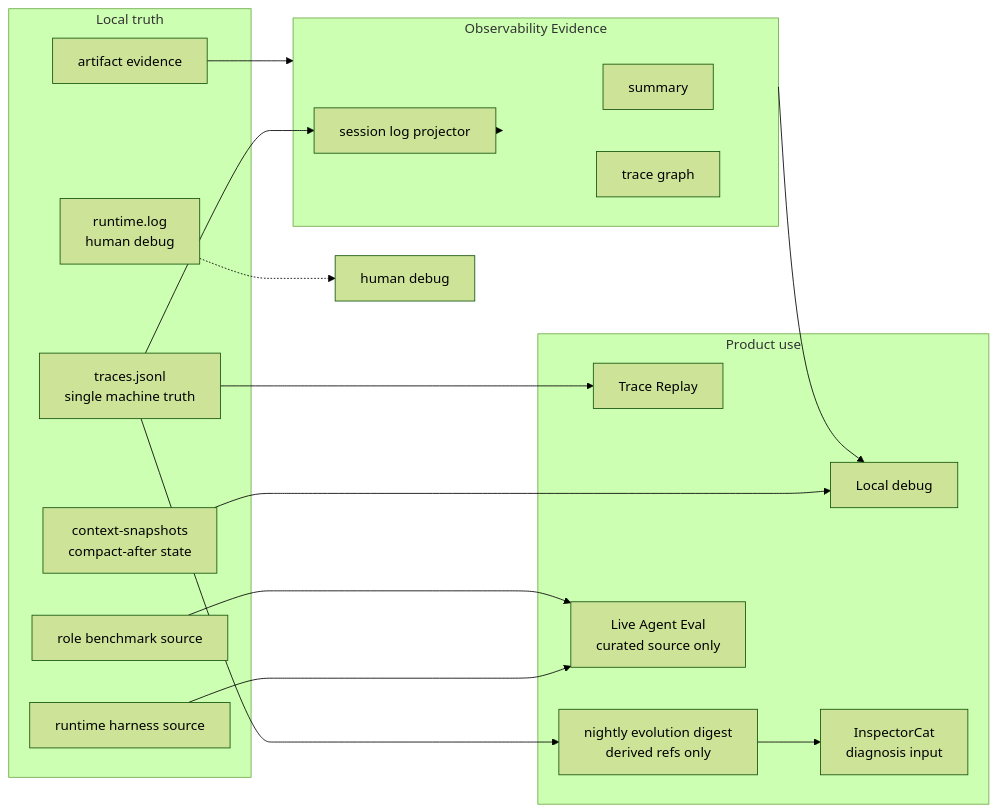
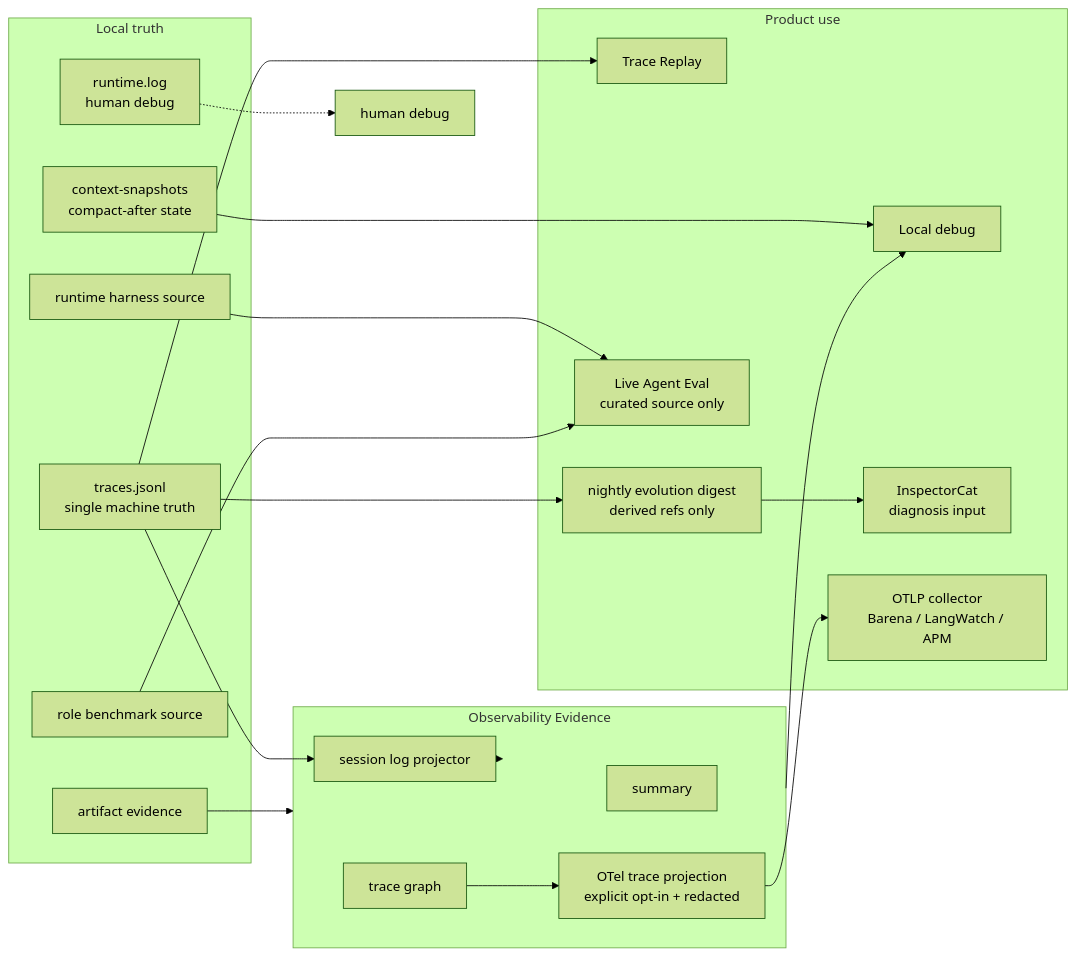
One commit to fightheyyy/XiaoBa-CLI changed the second of 2 diagrams in docs/observability-evidence/SPEC.md. Above: the diagram before and after it, drawn with Mermaid (forest theme). The commit also changed other lines of this file and 18 other files, not shown here.

Commit message:
add optional OTLP trace export

````diff
--- a/docs/observability-evidence/SPEC.md
+++ b/docs/observability-evidence/SPEC.md
@@ -107,37 +113,41 @@
 ```mermaid
 flowchart LR
     subgraph LocalTruth["Local truth"]
         JSONL["traces.jsonl<br/>single machine truth"]
         Snapshots["context-snapshots<br/>compact-after state"]
         RuntimeLog["runtime.log<br/>human debug"]
         Artifacts["artifact evidence"]
         RoleBench["role benchmark source"]
         RuntimeBench["runtime harness source"]
     end
 
     subgraph Obs["Observability Evidence"]
         Projector["session log projector"]
         Summary["summary"]
         TraceGraph["trace graph"]
+        Otel["OTel trace projection<br/>explicit opt-in + redacted"]
     end
 
     subgraph ProductUse["Product use"]
         Replay["Trace Replay"]
         Debug["Local debug"]
         SleepDigest["nightly evolution digest<br/>derived refs only"]
         Inspector["InspectorCat<br/>diagnosis input"]
         LiveEval["Live Agent Eval<br/>curated source only"]
+        Collector["OTLP collector<br/>Barena / LangWatch / APM"]
     end
 
     JSONL --> Projector
     Snapshots --> Debug
     RuntimeLog -.-> Maintainer["human debug"]
     Projector --> Obs
+    TraceGraph --> Otel
+    Otel --> Collector
     Artifacts --> Obs
     JSONL --> Replay
     JSONL --> SleepDigest
     SleepDigest --> Inspector
     Obs --> Debug
     RuntimeBench --> LiveEval
     RoleBench --> LiveEval
 ```
````
